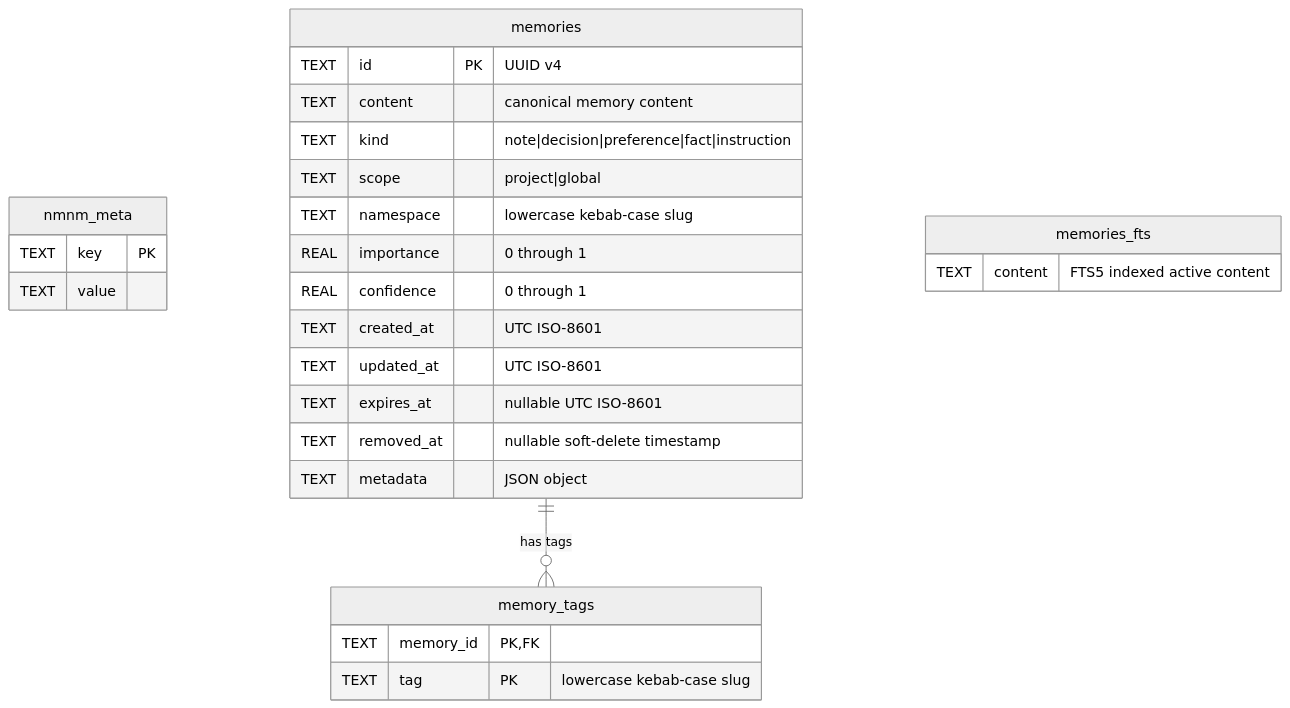
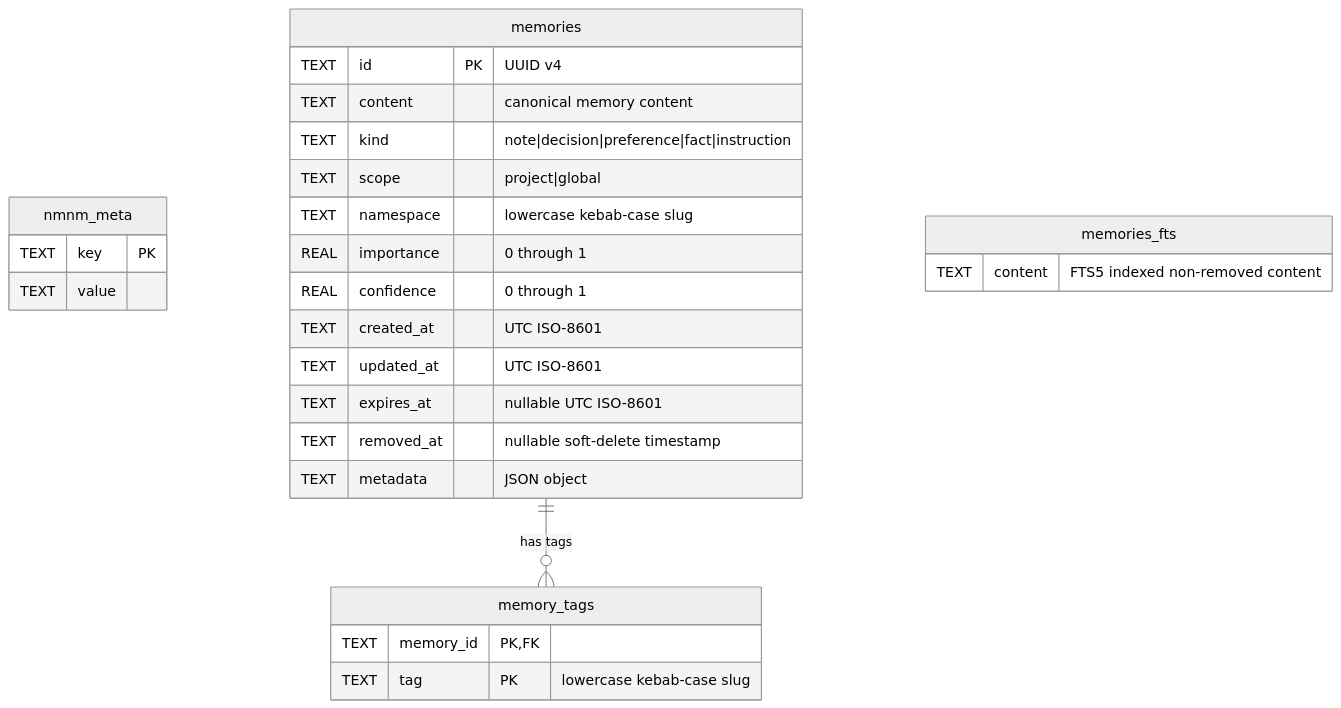
One commit to linellazatin/nanomneme changed the second of 2 diagrams in docs/ARCHITECTURE.md. Above: the diagram before and after it, drawn with Mermaid (neutral theme). The commit also changed other lines of this file and 15 other files, not shown here.

````diff
--- a/docs/ARCHITECTURE.md
+++ b/docs/ARCHITECTURE.md
@@ -79,33 +79,33 @@
 ```mermaid
 erDiagram
   nmnm_meta {
     TEXT key PK
     TEXT value
   }
 
   memories {
     TEXT id PK "UUID v4"
     TEXT content "canonical memory content"
     TEXT kind "note|decision|preference|fact|instruction"
     TEXT scope "project|global"
     TEXT namespace "lowercase kebab-case slug"
     REAL importance "0 through 1"
     REAL confidence "0 through 1"
     TEXT created_at "UTC ISO-8601"
     TEXT updated_at "UTC ISO-8601"
     TEXT expires_at "nullable UTC ISO-8601"
     TEXT removed_at "nullable soft-delete timestamp"
     TEXT metadata "JSON object"
   }
 
   memory_tags {
     TEXT memory_id PK, FK
     TEXT tag PK "lowercase kebab-case slug"
   }
 
   memories_fts {
-    TEXT content "FTS5 indexed active content"
+    TEXT content "FTS5 indexed non-removed content"
   }
 
   memories ||--o{ memory_tags : "has tags"
 ```
````
